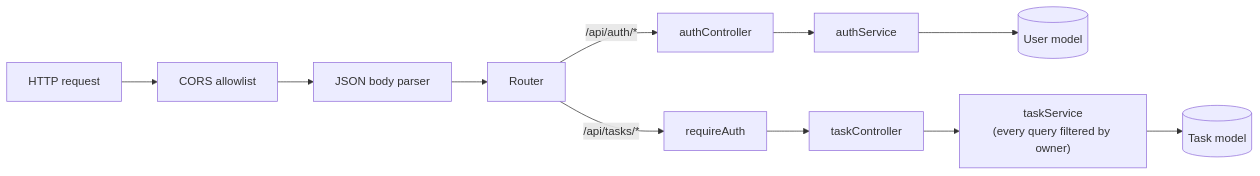
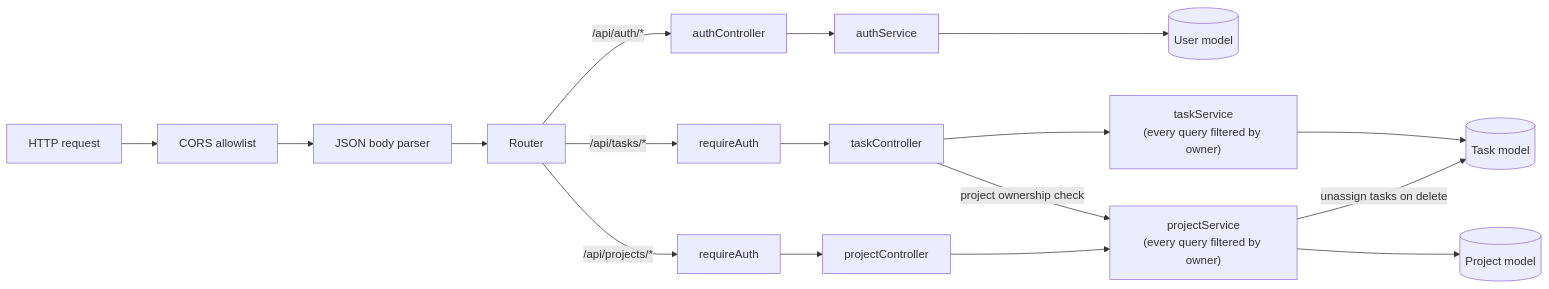
Before and after one commit to WasteOfADrumBum/TaskForge: the second of 5 diagrams in docs/architecture.md, drawn with Mermaid. The commit also changed other lines of this file and 56 other files, not shown here.

````diff
--- a/docs/architecture.md
+++ b/docs/architecture.md
@@ -49,8 +49,12 @@
 ```mermaid
 flowchart LR
     Req[HTTP request] --> CORS[CORS allowlist] --> JSON[JSON body parser] --> Router
     Router -- "/api/auth/*" --> AuthC[authController]
     Router -- "/api/tasks/*" --> RA[requireAuth] --> TaskC[taskController]
+    Router -- "/api/projects/*" --> RP[requireAuth] --> ProjC[projectController]
     AuthC --> AuthS[authService] --> UserM[(User model)]
     TaskC --> TaskS["taskService<br/>(every query filtered by owner)"] --> TaskM[(Task model)]
+    TaskC -- "project ownership check" --> ProjS
+    ProjC --> ProjS["projectService<br/>(every query filtered by owner)"] --> ProjM[(Project model)]
+    ProjS -- "unassign tasks on delete" --> TaskM
 ```
````
